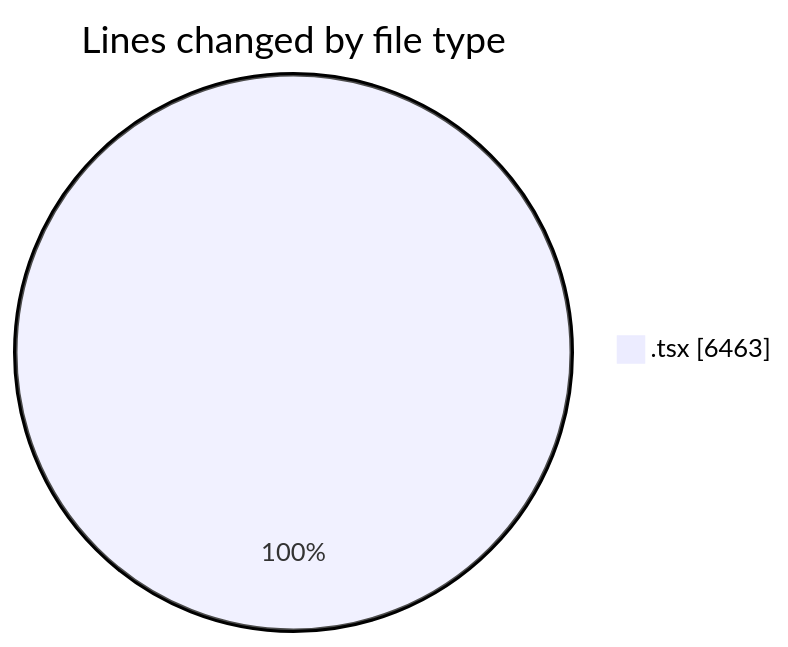
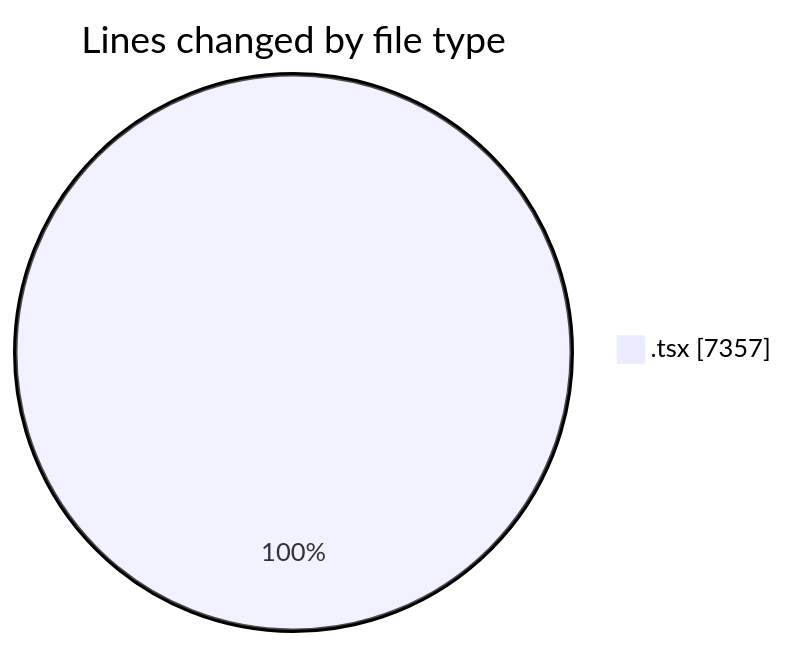
The first of 2 diagrams in 2026-06-17/nxtqube_webapp/README.md (nxtqubesakshisongat/code-tracking), drawn with Mermaid before and after one commit. The commit also changed other lines of this file and 1 other file, not shown here.

````diff
--- a/2026-06-17/nxtqube_webapp/README.md
+++ b/2026-06-17/nxtqube_webapp/README.md
@@ -30,5 +31,5 @@
 ```mermaid
 pie showData
 title Lines changed by file type
-".tsx" : 6463
+".tsx" : 7357
 ```
````
